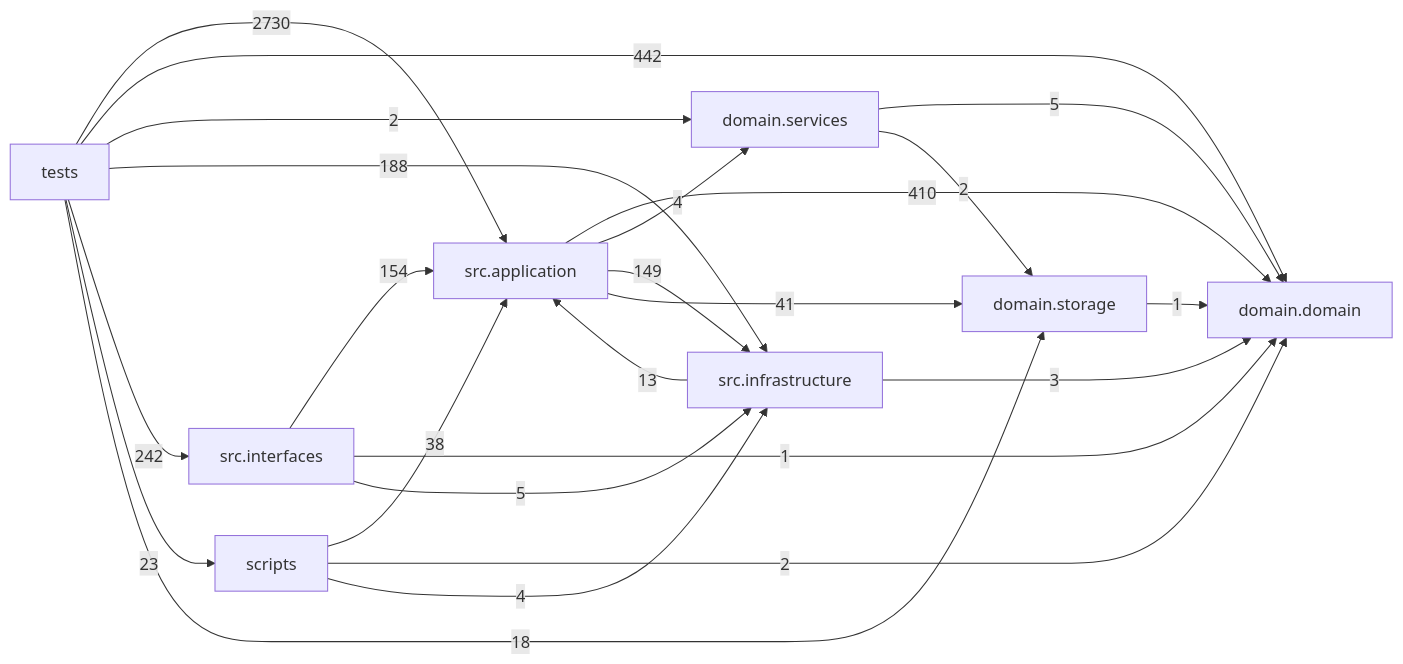
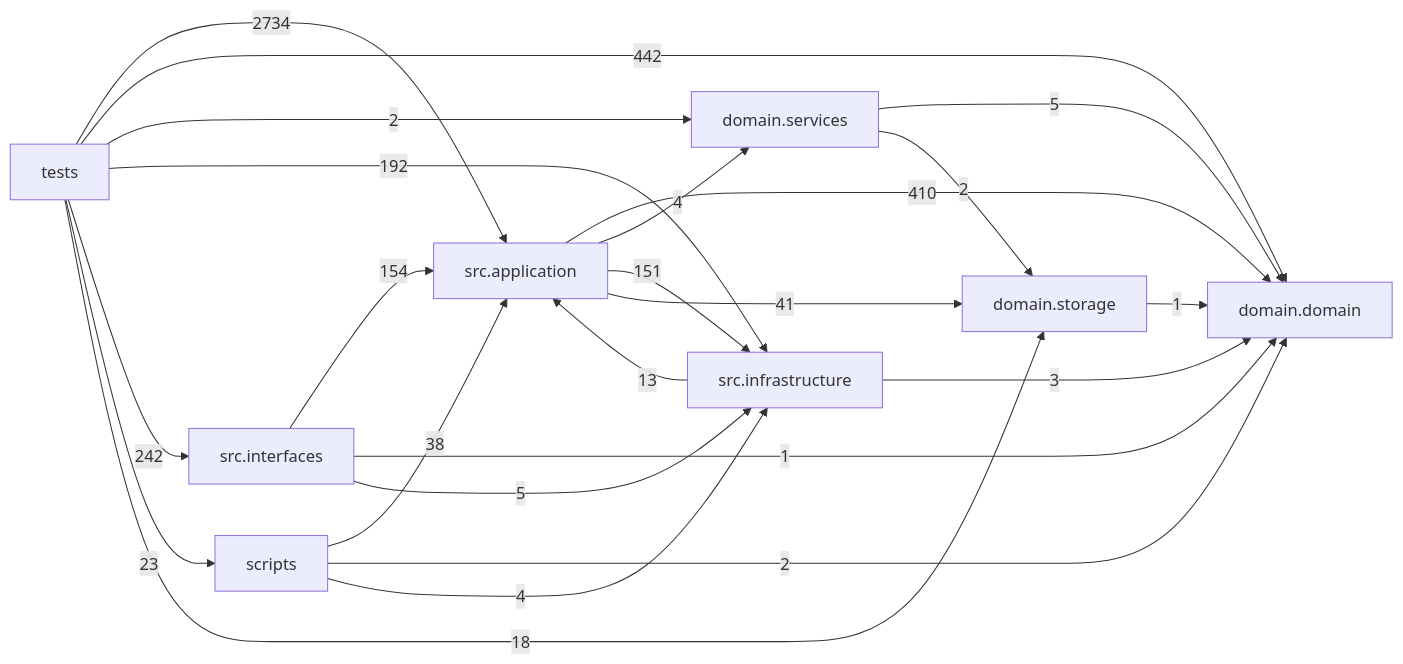
The diagram in docs/DEPENDENCY_GRAPH.md (liuxie066/options-monitor), drawn with Mermaid before and after one commit. The commit also changed other lines of this file and 8 other files, not shown here.

````diff
--- a/docs/DEPENDENCY_GRAPH.md
+++ b/docs/DEPENDENCY_GRAPH.md
@@ -24,33 +24,33 @@
 ```mermaid
 flowchart LR
   tests["tests"]
   scripts["scripts"]
   interfaces["src.interfaces"]
   application["src.application"]
   infrastructure["src.infrastructure"]
   domain_services["domain.services"]
   domain["domain.domain"]
   storage["domain.storage"]
   application -->|410| domain
   application -->|4| domain_services
-  application -->|149| infrastructure
+  application -->|151| infrastructure
   application -->|41| storage
   domain_services -->|5| domain
   domain_services -->|2| storage
   infrastructure -->|13| application
   infrastructure -->|3| domain
   interfaces -->|154| application
   interfaces -->|1| domain
   interfaces -->|5| infrastructure
   scripts -->|38| application
   scripts -->|2| domain
   scripts -->|4| infrastructure
   storage -->|1| domain
-  tests -->|2730| application
+  tests -->|2734| application
   tests -->|442| domain
   tests -->|2| domain_services
-  tests -->|188| infrastructure
+  tests -->|192| infrastructure
   tests -->|242| interfaces
   tests -->|23| scripts
   tests -->|18| storage
 ```
````
